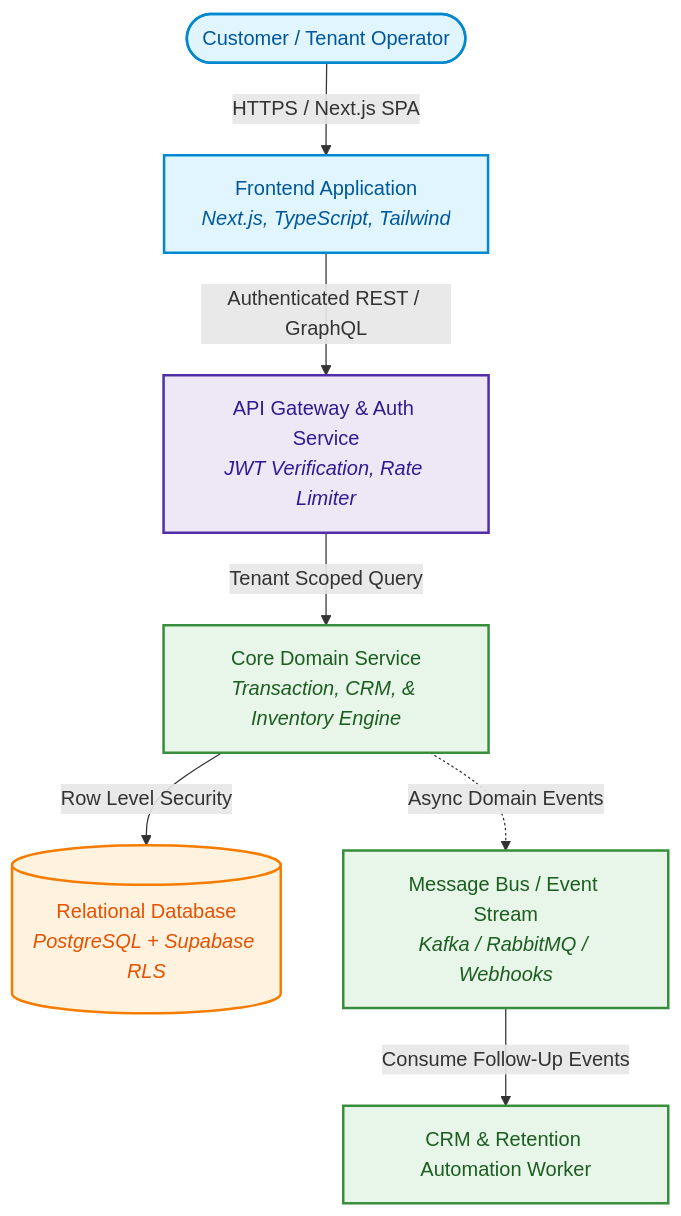
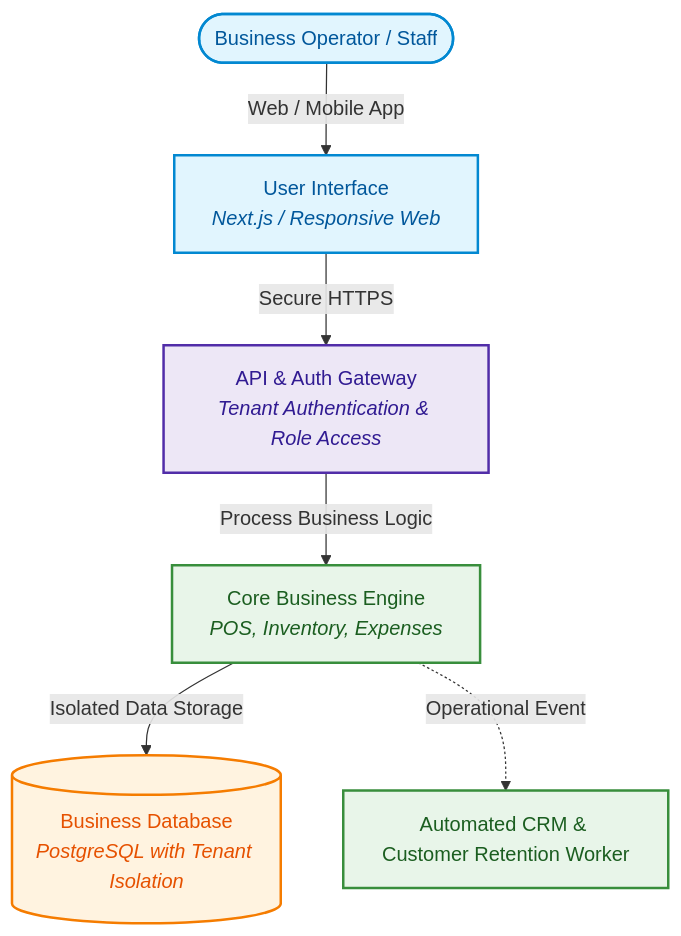
The second of 2 diagrams in README.md (reviveproject4-source/OpenBSA), drawn with Mermaid before and after one commit. The commit also changed other lines of this file and 1 other file, not shown here.

Commit message:
refactor: position author as entrepreneur-turned-business systems analyst

````diff
--- a/README.md
+++ b/README.md
@@ -38,14 +66,13 @@
 ```mermaid
 graph TD
     classDef client fill:#e1f5fe,stroke:#0288d1,stroke-width:2px,color:#01579b;
     classDef gateway fill:#ede7f6,stroke:#512da8,stroke-width:2px,color:#311b92;
     classDef service fill:#e8f5e9,stroke:#388e3c,stroke-width:2px,color:#1b5e20;
     classDef db fill:#fff3e0,stroke:#f57c00,stroke-width:2px,color:#e65100;
 
-    User([Customer / Tenant Operator]):::client -->|HTTPS / Next.js SPA| WebApp[Frontend Application<br/><i>Next.js, TypeScript, Tailwind</i>]:::client
-    WebApp -->|Authenticated REST / GraphQL| Gateway[API Gateway & Auth Service<br/><i>JWT Verification, Rate Limiter</i>]:::gateway
-    Gateway -->|Tenant Scoped Query| AppService[Core Domain Service<br/><i>Transaction, CRM, & Inventory Engine</i>]:::service
-    AppService -->|Row Level Security| DB[(Relational Database<br/><i>PostgreSQL + Supabase RLS</i>)]:::db
-    AppService -.->|Async Domain Events| Broker[Message Bus / Event Stream<br/><i>Kafka / RabbitMQ / Webhooks</i>]:::service
-    Broker -->|Consume Follow-Up Events| CRMWorker[CRM & Retention Automation Worker]:::service
+    Operator([Business Operator / Staff]):::client -->|Web / Mobile App| Frontend[User Interface<br/><i>Next.js / Responsive Web</i>]:::client
+    Frontend -->|Secure HTTPS| APIGateway[API & Auth Gateway<br/><i>Tenant Authentication & Role Access</i>]:::gateway
+    APIGateway -->|Process Business Logic| CoreEngine[Core Business Engine<br/><i>POS, Inventory, Expenses</i>]:::service
+    CoreEngine -->|Isolated Data Storage| Database[(Business Database<br/><i>PostgreSQL with Tenant Isolation</i>)]:::db
+    CoreEngine -.->|Operational Event| CRMModule[Automated CRM & Customer Retention Worker]:::service
 ```
````
